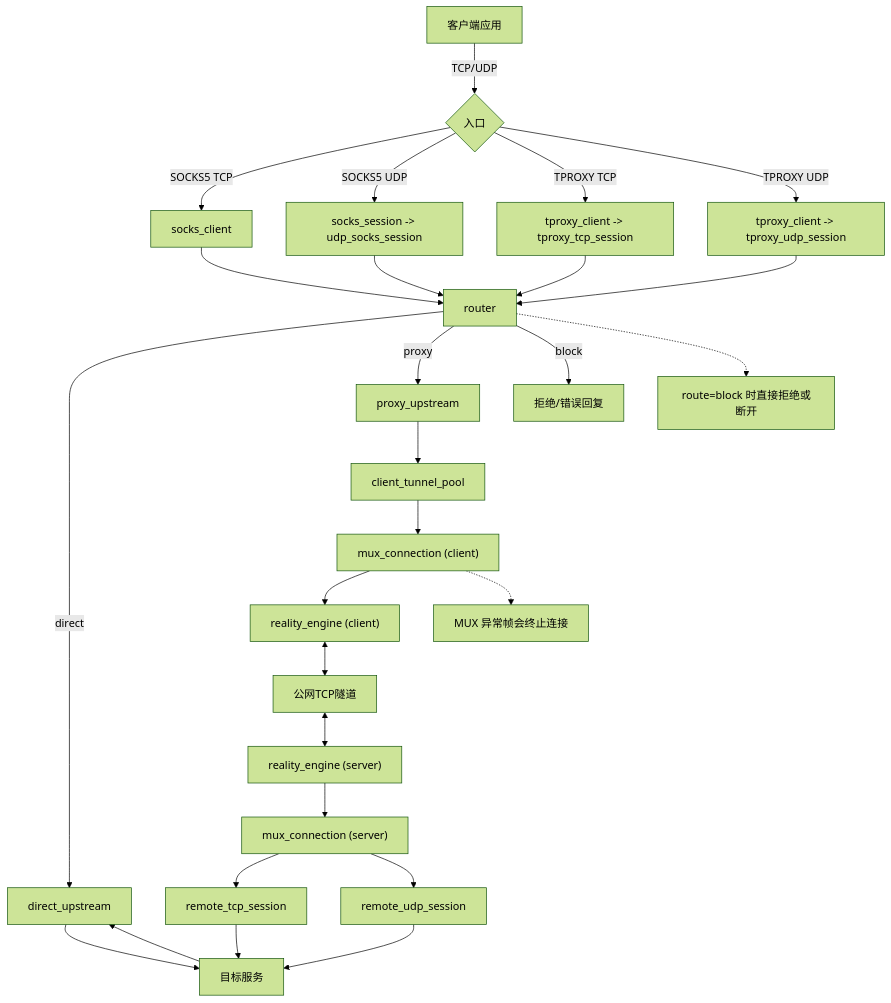
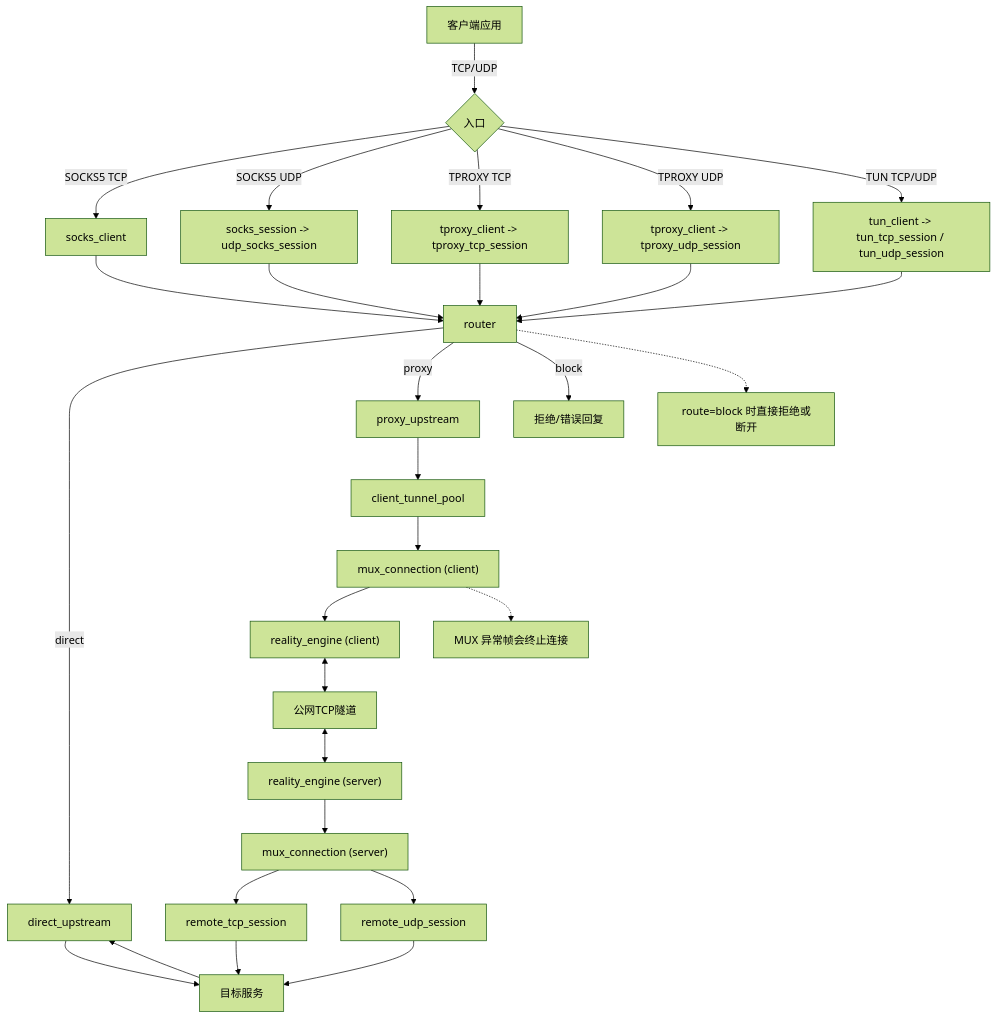
One commit to gyl30/socks changed the first of 6 diagrams in doc/flow.md. Above: the diagram before and after it, drawn with Mermaid (forest theme). The commit also changed other lines of this file and 2 other files, not shown here.

Commit message:
docs(tun): 更新架构图与流程说明

````diff
--- a/doc/flow.md
+++ b/doc/flow.md
@@ -5,37 +5,39 @@
 ```mermaid
 flowchart TD
   App[客户端应用] -->|TCP/UDP| Inbound{入口}
 
   Inbound -->|SOCKS5 TCP| SocksListener[socks_client]
   Inbound -->|SOCKS5 UDP| SocksUdpAssoc["socks_session -> udp_socks_session"]
   Inbound -->|TPROXY TCP| TproxyTcpListener["tproxy_client -> tproxy_tcp_session"]
   Inbound -->|TPROXY UDP| TproxyUdpListener["tproxy_client -> tproxy_udp_session"]
+  Inbound -->|TUN TCP/UDP| TunInbound["tun_client -> tun_tcp_session / tun_udp_session"]
 
   SocksListener --> Router[router]
   SocksUdpAssoc --> Router
   TproxyTcpListener --> Router
   TproxyUdpListener --> Router
+  TunInbound --> Router
 
   Router -->|direct| DirectUp[direct_upstream]
   Router -->|proxy| ProxyUp[proxy_upstream]
   Router -->|block| Block[拒绝/错误回复]
 
   DirectUp --> Target[目标服务]
   Target --> DirectUp
 
   ProxyUp --> TunnelPool[client_tunnel_pool]
   TunnelPool --> MuxClient["mux_connection (client)"]
   MuxClient --> RealityClient["reality_engine (client)"]
   RealityClient <--> Network[公网TCP隧道]
   Network <--> RealityServer["reality_engine (server)"]
   RealityServer --> MuxServer["mux_connection (server)"]
   MuxServer --> RemoteTcp[remote_tcp_session]
   MuxServer --> RemoteUdp[remote_udp_session]
   RemoteTcp --> Target
   RemoteUdp --> Target
 
   RouterNote["route=block 时直接拒绝或断开"]
   Router -.-> RouterNote
   MuxNote["MUX 异常帧会终止连接"]
   MuxClient -.-> MuxNote
 ```
````
